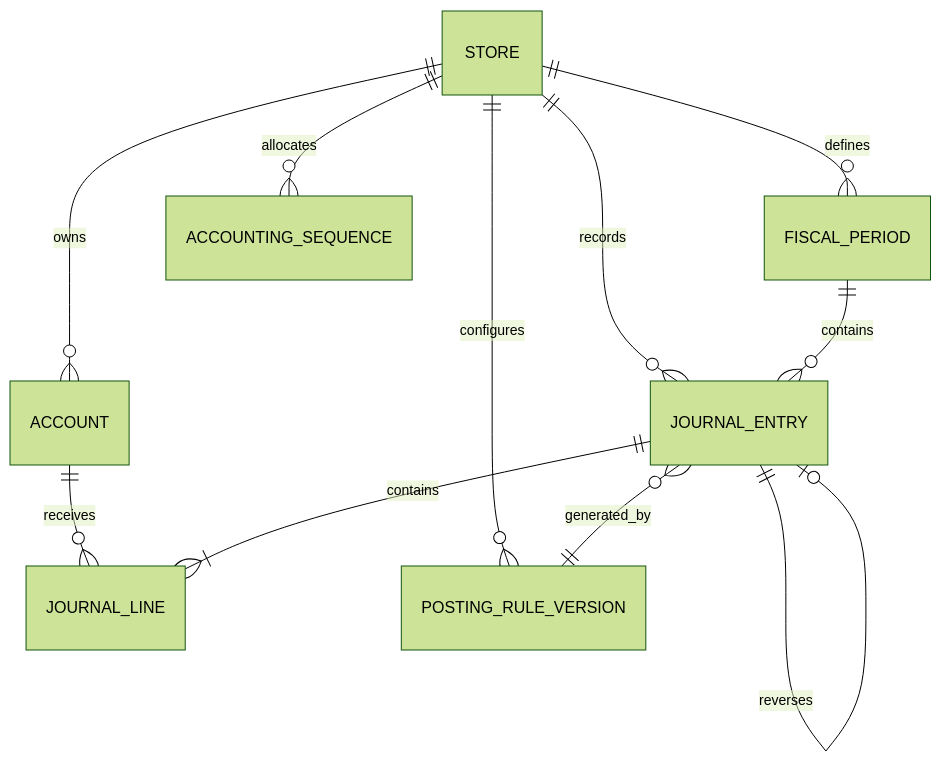
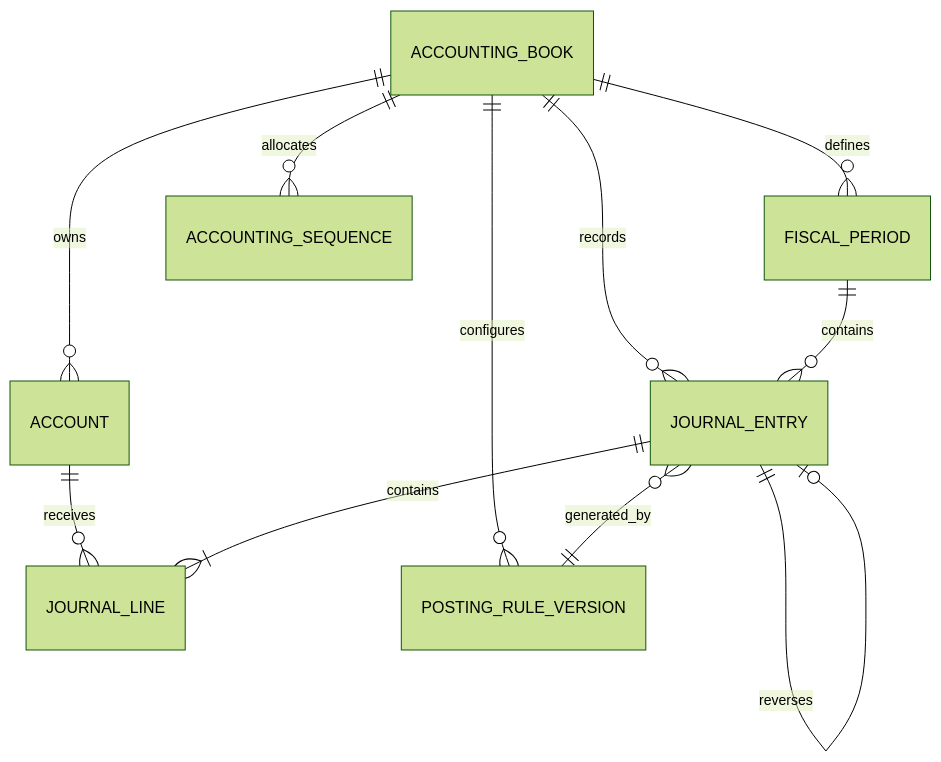
The diagram in docs/finance/ACCOUNTING_DATA_MODEL.md (aminshahsaheb/marketfa-platform), drawn with Mermaid (forest theme) before and after one commit. The commit also changed other lines of this file and 5 other files, not shown here.

First line of the commit message:
feat(m3): add accounting-book schema foundation

````diff
--- a/docs/finance/ACCOUNTING_DATA_MODEL.md
+++ b/docs/finance/ACCOUNTING_DATA_MODEL.md
@@ -11,13 +17,13 @@
 ```mermaid
 erDiagram
-  STORE ||--o{ ACCOUNT : owns
-  STORE ||--o{ FISCAL_PERIOD : defines
-  STORE ||--o{ JOURNAL_ENTRY : records
+  ACCOUNTING_BOOK ||--o{ ACCOUNT : owns
+  ACCOUNTING_BOOK ||--o{ FISCAL_PERIOD : defines
+  ACCOUNTING_BOOK ||--o{ JOURNAL_ENTRY : records
   ACCOUNT ||--o{ JOURNAL_LINE : receives
   JOURNAL_ENTRY ||--|{ JOURNAL_LINE : contains
   FISCAL_PERIOD ||--o{ JOURNAL_ENTRY : contains
   JOURNAL_ENTRY ||--o| JOURNAL_ENTRY : reverses
-  STORE ||--o{ POSTING_RULE_VERSION : configures
+  ACCOUNTING_BOOK ||--o{ POSTING_RULE_VERSION : configures
   JOURNAL_ENTRY }o--|| POSTING_RULE_VERSION : generated_by
-  STORE ||--o{ ACCOUNTING_SEQUENCE : allocates
+  ACCOUNTING_BOOK ||--o{ ACCOUNTING_SEQUENCE : allocates
 ```
````
